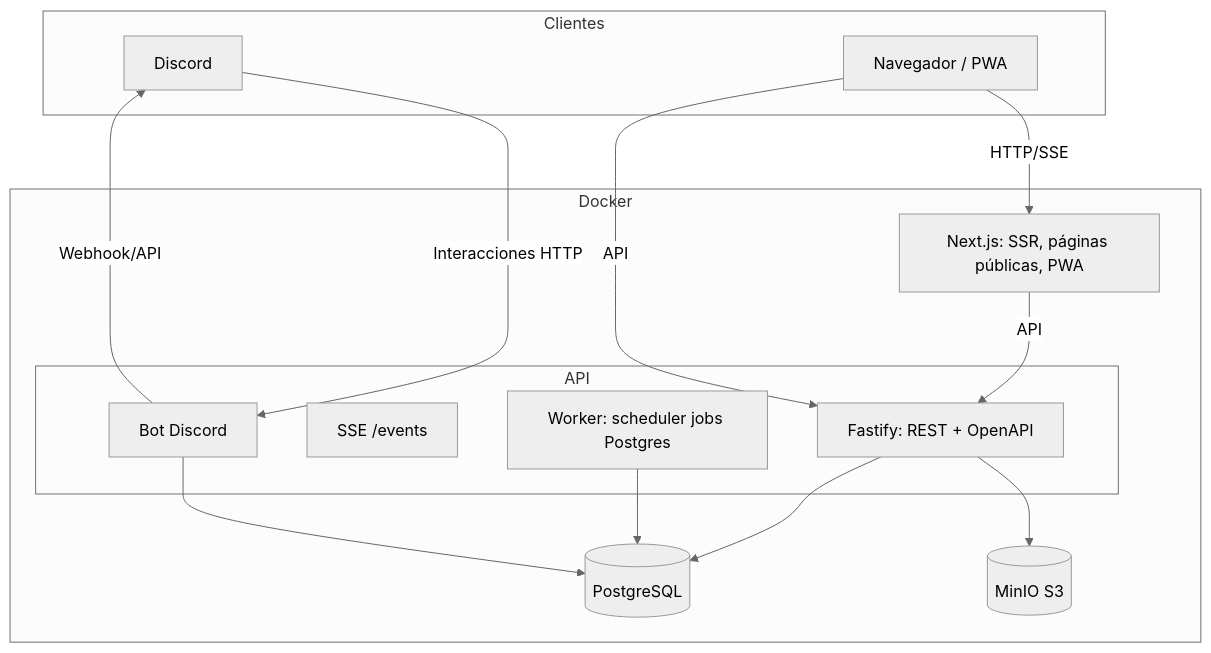
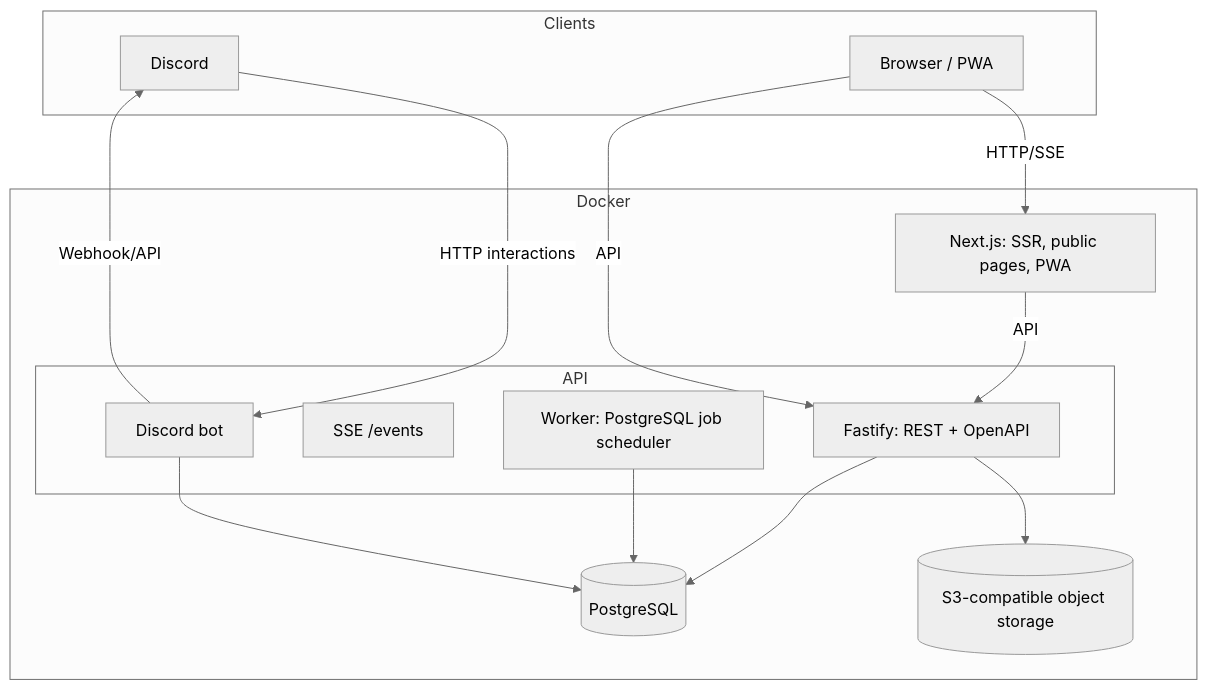
Before and after one commit to Dieguezar/opentournament: the first of 3 diagrams in docs/ARCHITECTURE.md, drawn with Mermaid (neutral theme). The commit also changed other lines of this file and 16 other files, not shown here.

Commit message:
docs(architecture): align English technical reference

````diff
--- a/docs/ARCHITECTURE.md
+++ b/docs/ARCHITECTURE.md
@@ -7,27 +7,27 @@
 ```mermaid
 flowchart TB
-  subgraph Clientes
-    B[Navegador / PWA]
+  subgraph Clients
+    B[Browser / PWA]
     D[Discord]
   end
   subgraph Docker
     subgraph API
       F[Fastify: REST + OpenAPI]
       S[SSE /events]
-      W[Worker: scheduler jobs Postgres]
-      Bot[Bot Discord]
+      W[Worker: PostgreSQL job scheduler]
+      Bot[Discord bot]
     end
-    Web[Next.js: SSR, páginas públicas, PWA]
+    Web[Next.js: SSR, public pages, PWA]
     PG[(PostgreSQL)]
-    M[(MinIO S3)]
+    M[(S3-compatible object storage)]
   end
   B -->|HTTP/SSE| Web
   Web -->|API| F
   B -->|API| F
-  D -->|Interacciones HTTP| Bot
+  D -->|HTTP interactions| Bot
   F --> PG
   W --> PG
   Bot --> PG
   F --> M
   Bot -->|Webhook/API| D
 ```
````
